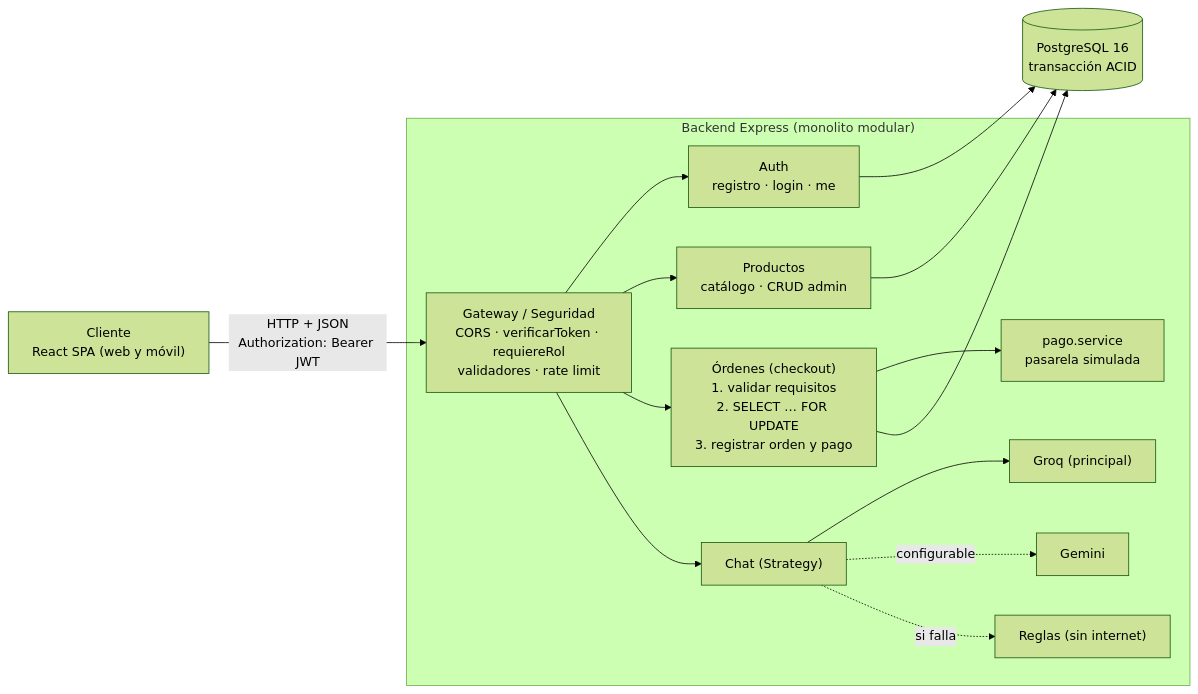
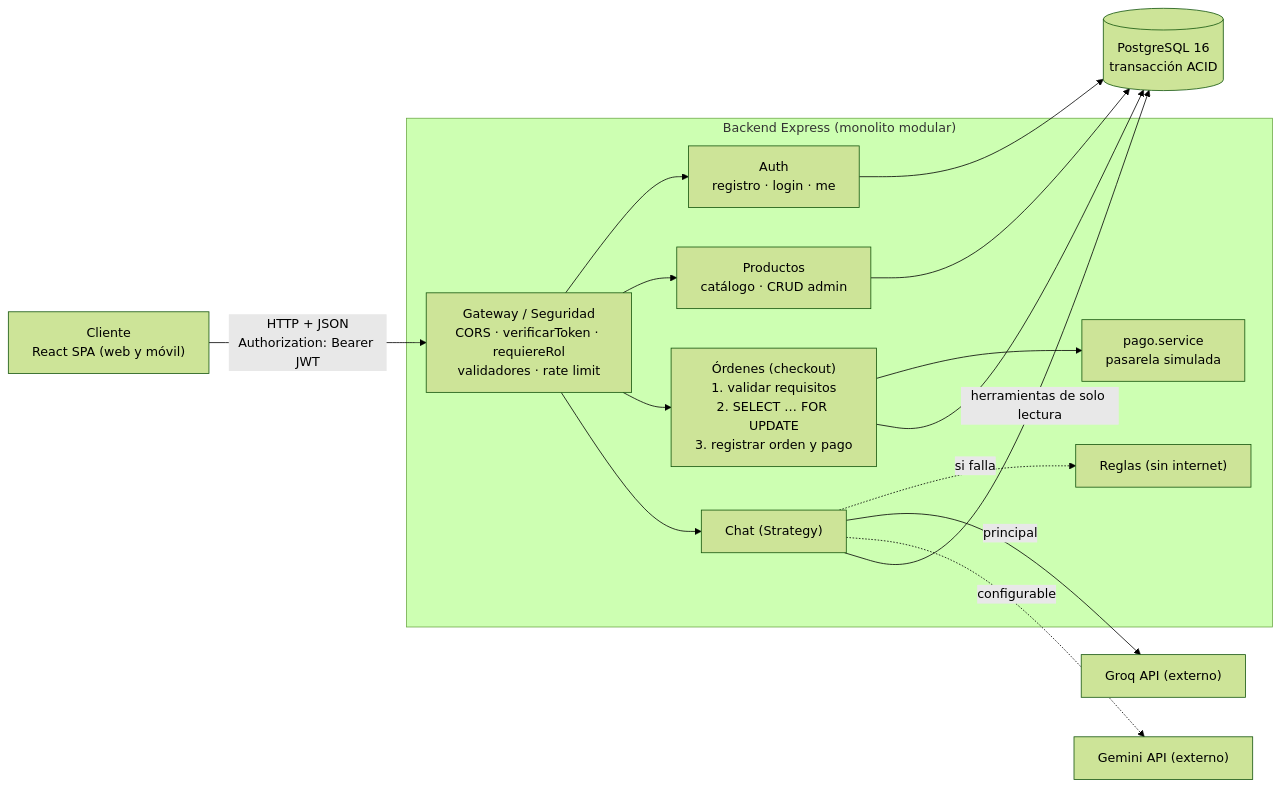
Before and after one commit to sagarc399/ecommerce-ing2: the diagram in README.md, drawn with Mermaid (forest theme). The commit also changed other lines of this file and 4 other files, not shown here.

````diff
--- a/README.md
+++ b/README.md
@@ -19,20 +31,23 @@
 ```mermaid
 flowchart LR
     C["Cliente<br/>React SPA (web y móvil)"] -->|"HTTP + JSON<br/>Authorization: Bearer JWT"| G
 
     subgraph API["Backend Express (monolito modular)"]
         G["Gateway / Seguridad<br/>CORS · verificarToken · requiereRol<br/>validadores · rate limit"]
         G --> A["Auth<br/>registro · login · me"]
         G --> P["Productos<br/>catálogo · CRUD admin"]
         G --> O["Órdenes (checkout)<br/>1. validar requisitos<br/>2. SELECT … FOR UPDATE<br/>3. registrar orden y pago"]
         G --> CH["Chat (Strategy)"]
         O --> PS["pago.service<br/>pasarela simulada"]
-        CH --> GQ["Groq (principal)"]
-        CH -.->|"configurable"| GM["Gemini"]
         CH -.->|"si falla"| R["Reglas (sin internet)"]
     end
+
+    CH -->|"principal"| GQ["Groq API (externo)"]
+    CH -.->|"configurable"| GM["Gemini API (externo)"]
+
+    CH -->|"herramientas de solo lectura"| DB
 
     A --> DB[("PostgreSQL 16<br/>transacción ACID")]
     P --> DB
     O --> DB
 ```
````
